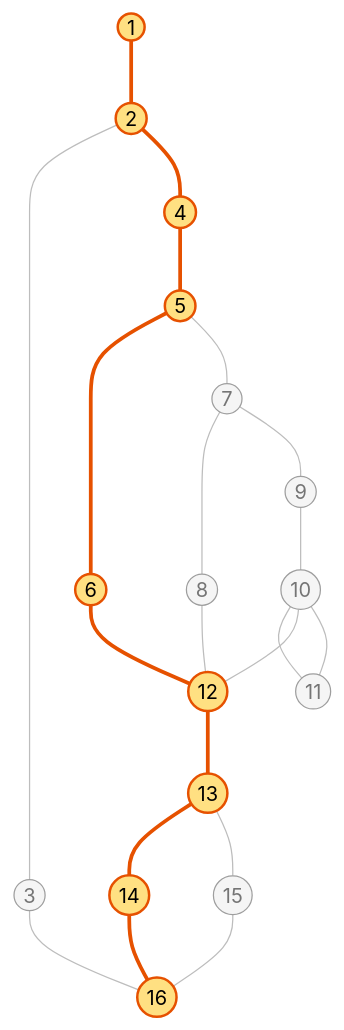
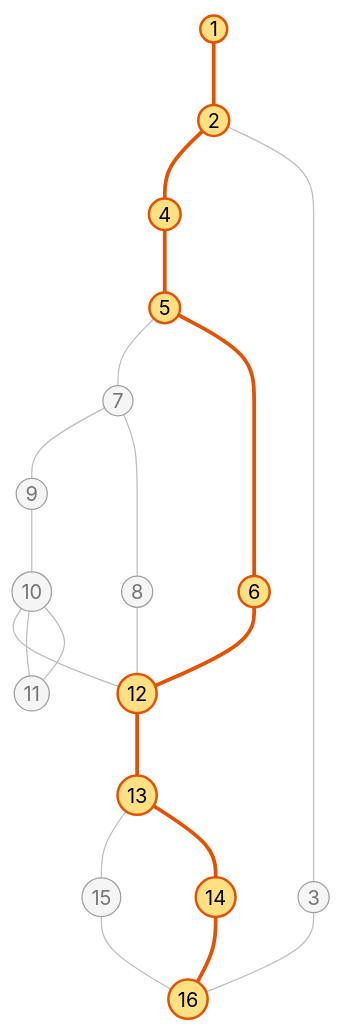
The second of 7 diagrams in tests/docs/caja_blanca_03_puntaje_total_usuario.md (bloedige/itdb_ctf), drawn with Mermaid before and after one commit. The commit also changed other lines of this file and 47 other files, not shown here.

````diff
--- a/tests/docs/caja_blanca_03_puntaje_total_usuario.md
+++ b/tests/docs/caja_blanca_03_puntaje_total_usuario.md
@@ -122,28 +154,28 @@
 ```mermaid
 graph TD
     n1((1)) --- n2((2))
-    n2 --- n3((3))
-    n3 --- n16((16))
     n2 --- n4((4))
     n4 --- n5((5))
-    n5 --- n6((6))
-    n6 --- n12((12))
     n5 --- n7((7))
+    n7 --- n9((9))
+    n9 --- n10((10))
+    n10 --- n12((12))
+    n12 --- n13((13))
+    n13 --- n15((15))
+    n15 --- n16((16))
+    n13 --- n14((14))
+    n14 --- n16
+    n10 --- n11((11))
+    n11 --- n10
     n7 --- n8((8))
     n8 --- n12
-    n7 --- n9((9))
-    n9 --- n10((10))
-    n10 --- n11((11))
-    n11 --- n10
-    n10 --- n12
-    n12 --- n13((13))
-    n13 --- n14((14))
-    n14 --- n16
-    n13 --- n15((15))
-    n15 --- n16
+    n5 --- n6((6))
+    n6 --- n12
+    n2 --- n3((3))
+    n3 --- n16
     classDef default fill:#f5f5f5,stroke:#9e9e9e,color:#757575
     classDef camino fill:#ffe082,stroke:#e65100,stroke-width:2px,color:#000
     class n1,n2,n4,n5,n6,n12,n13,n14,n16 camino
     linkStyle default stroke:#bdbdbd,stroke-width:1px
-    linkStyle 0,3,4,5,6,15,16,17 stroke:#e65100,stroke-width:3px
+    linkStyle 0,1,2,16,17,7,10,11 stroke:#e65100,stroke-width:3px
 ```
````
